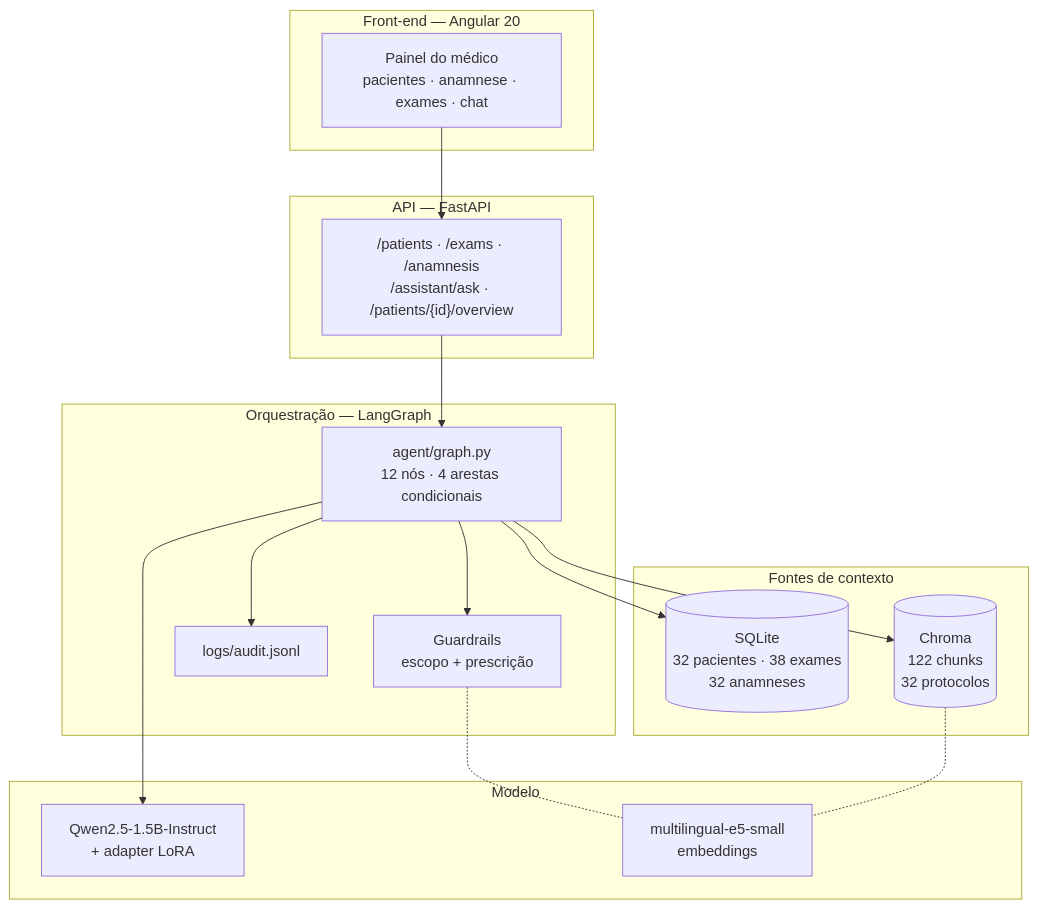
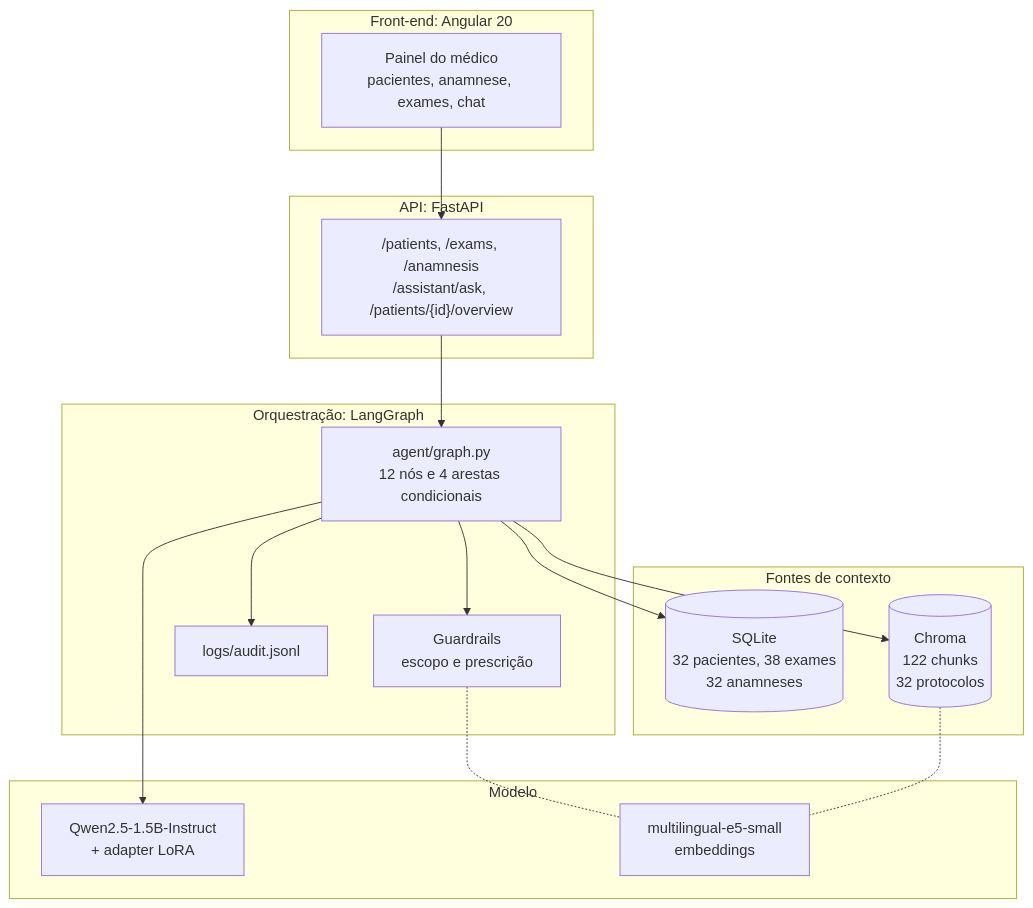
The second of 5 diagrams in RELATORIO_TECNICO.md (bschoola/AI-TechChallenge-Step3), drawn with Mermaid before and after one commit. The commit also changed other lines of this file and 12 other files, not shown here.

````diff
--- a/RELATORIO_TECNICO.md
+++ b/RELATORIO_TECNICO.md
@@ -174,35 +176,35 @@
 ```mermaid
 flowchart TB
-    subgraph FE["Front-end — Angular 20"]
-        UI["Painel do médico<br/>pacientes · anamnese · exames · chat"]
+    subgraph FE["Front-end: Angular 20"]
+        UI["Painel do médico<br/>pacientes, anamnese, exames, chat"]
     end
 
-    subgraph API["API — FastAPI"]
-        EP["/patients · /exams · /anamnesis<br/>/assistant/ask · /patients/{id}/overview"]
+    subgraph API["API: FastAPI"]
+        EP["/patients, /exams, /anamnesis<br/>/assistant/ask, /patients/{id}/overview"]
     end
 
-    subgraph AGENT["Orquestração — LangGraph"]
-        G["agent/graph.py<br/>12 nós · 4 arestas condicionais"]
-        GD["Guardrails<br/>escopo + prescrição"]
+    subgraph AGENT["Orquestração: LangGraph"]
+        G["agent/graph.py<br/>12 nós e 4 arestas condicionais"]
+        GD["Guardrails<br/>escopo e prescrição"]
         LOG["logs/audit.jsonl"]
     end
 
     subgraph DATA["Fontes de contexto"]
-        DB[("SQLite<br/>32 pacientes · 38 exames<br/>32 anamneses")]
+        DB[("SQLite<br/>32 pacientes, 38 exames<br/>32 anamneses")]
         CH[("Chroma<br/>122 chunks<br/>32 protocolos")]
     end
 
     subgraph MODEL["Modelo"]
         LLM["Qwen2.5-1.5B-Instruct<br/>+ adapter LoRA"]
         EMB["multilingual-e5-small<br/>embeddings"]
     end
 
     UI --> EP --> G
     G --> DB
     G --> CH
     G --> LLM
     G --> GD
     G --> LOG
     CH -.- EMB
     GD -.- EMB
 ```
````
